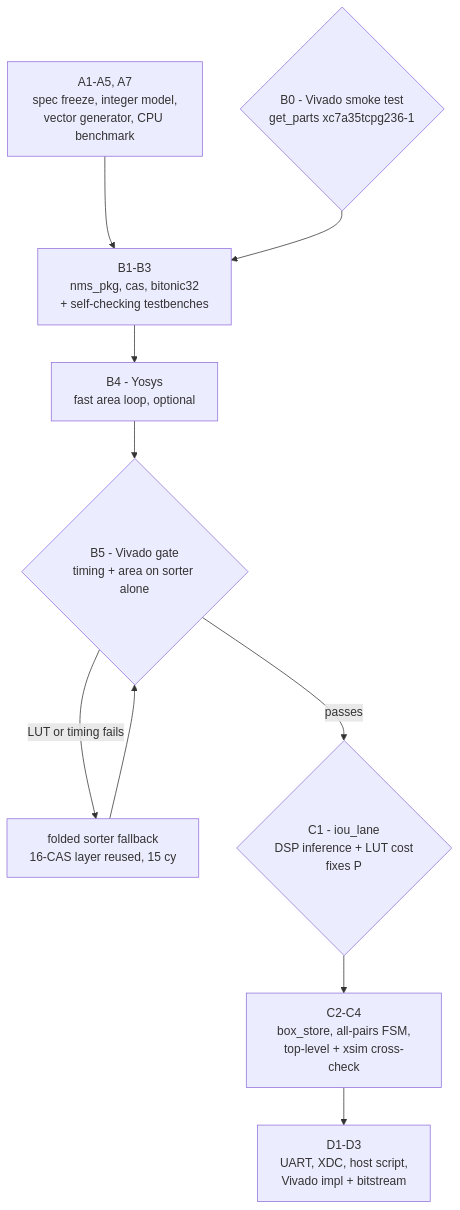
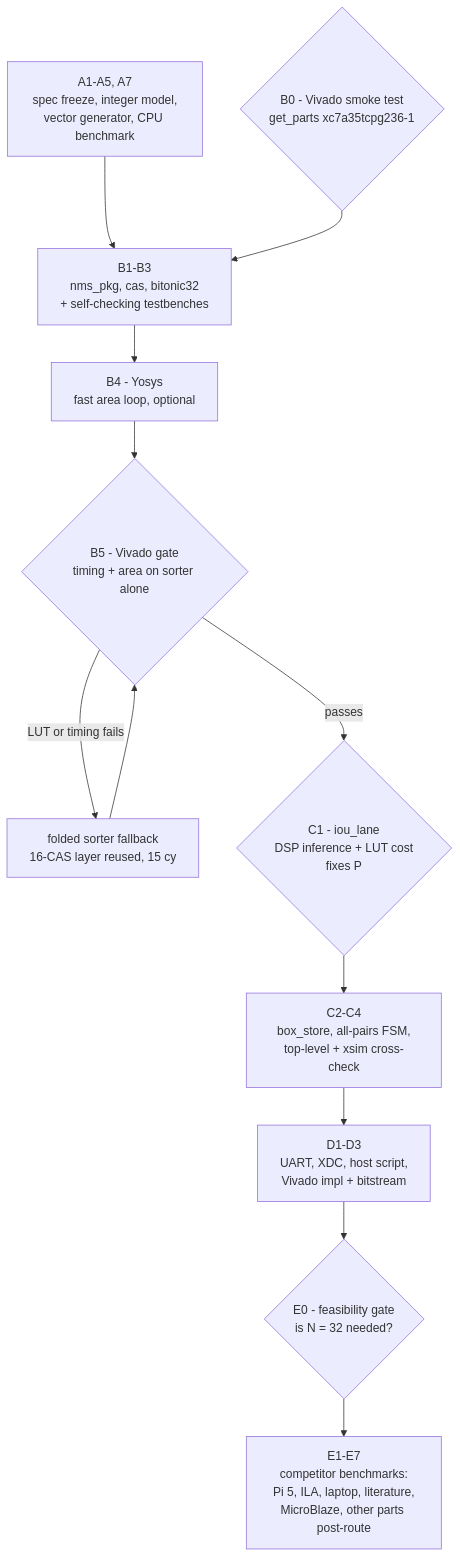
Before and after one commit to YutharsanS/hardware-accelerated-nms-algorithm: the fourth of 5 diagrams in docs/plan.md, drawn with Mermaid. The commit also changed other lines of this file and 38 other files, not shown here.

First line of the commit message:
feat: add the Phase E benchmark harness, feasibility study and on-chip ILA build

````diff
--- a/docs/plan.md
+++ b/docs/plan.md
@@ -922,19 +941,22 @@
 ```mermaid
 flowchart TD
   A["A1-A5, A7<br/>spec freeze, integer model,<br/>vector generator, CPU benchmark"]
   B0{"B0 - Vivado smoke test<br/>get_parts xc7a35tcpg236-1"}
   B123["B1-B3<br/>nms_pkg, cas, bitonic32<br/>+ self-checking testbenches"]
   B4["B4 - Yosys<br/>fast area loop, optional"]
   B5{"B5 - Vivado gate<br/>timing + area on sorter alone"}
   FOLD["folded sorter fallback<br/>16-CAS layer reused, 15 cy"]
   C1{"C1 - iou_lane<br/>DSP inference + LUT cost<br/>fixes P"}
   C234["C2-C4<br/>box_store, all-pairs FSM,<br/>top-level + xsim cross-check"]
   D["D1-D3<br/>UART, XDC, host script,<br/>Vivado impl + bitstream"]
   A --> B123
   B0 --> B123
   B123 --> B4 --> B5
   B5 -->|"LUT or timing fails"| FOLD
   FOLD --> B5
   B5 -->|"passes"| C1
+  E0{"E0 - feasibility gate<br/>is N = 32 needed?"}
+  E["E1-E7<br/>competitor benchmarks:<br/>Pi 5, ILA, laptop, literature,<br/>MicroBlaze, other parts post-route"]
   C1 --> C234 --> D
+  D --> E0 --> E
 ```
````
